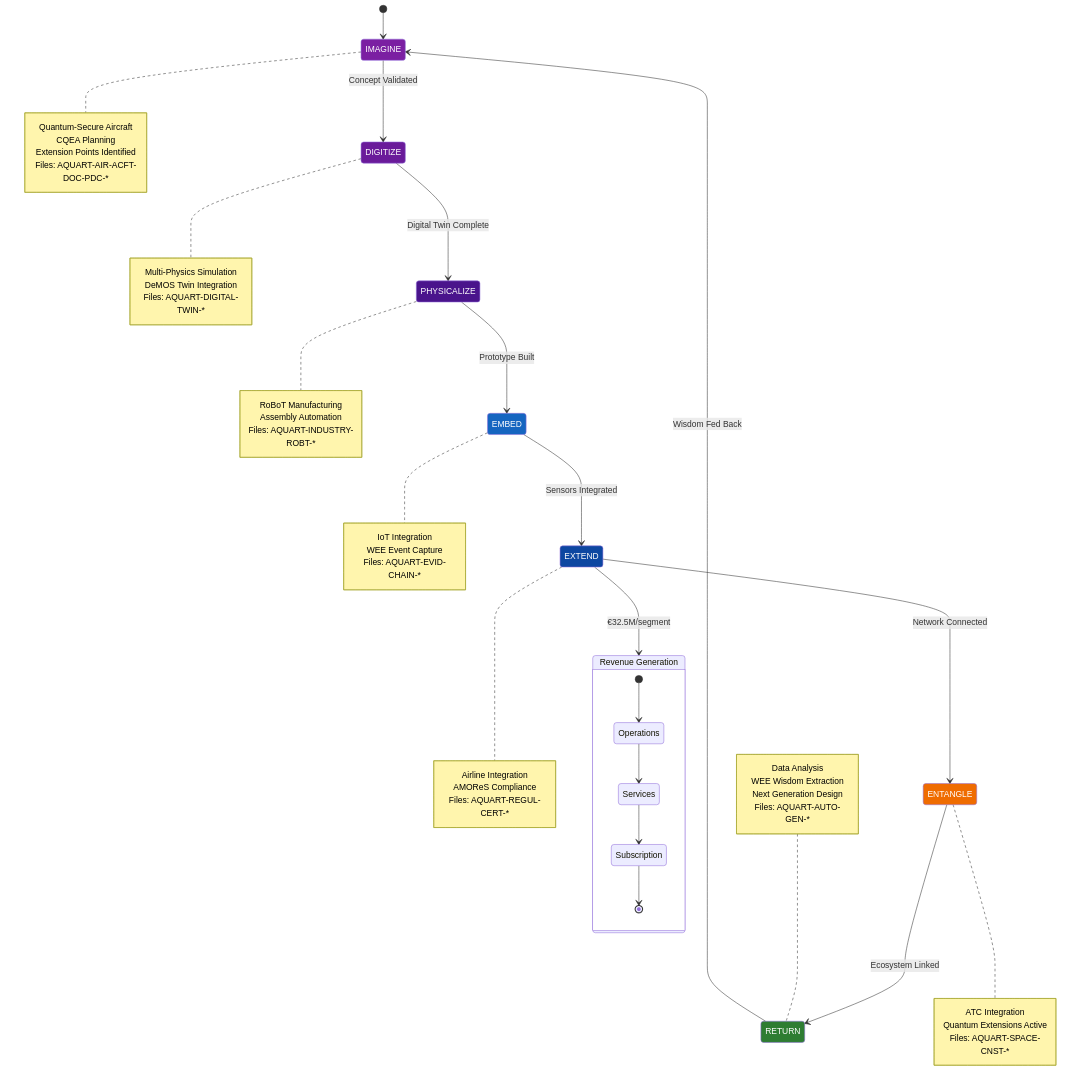
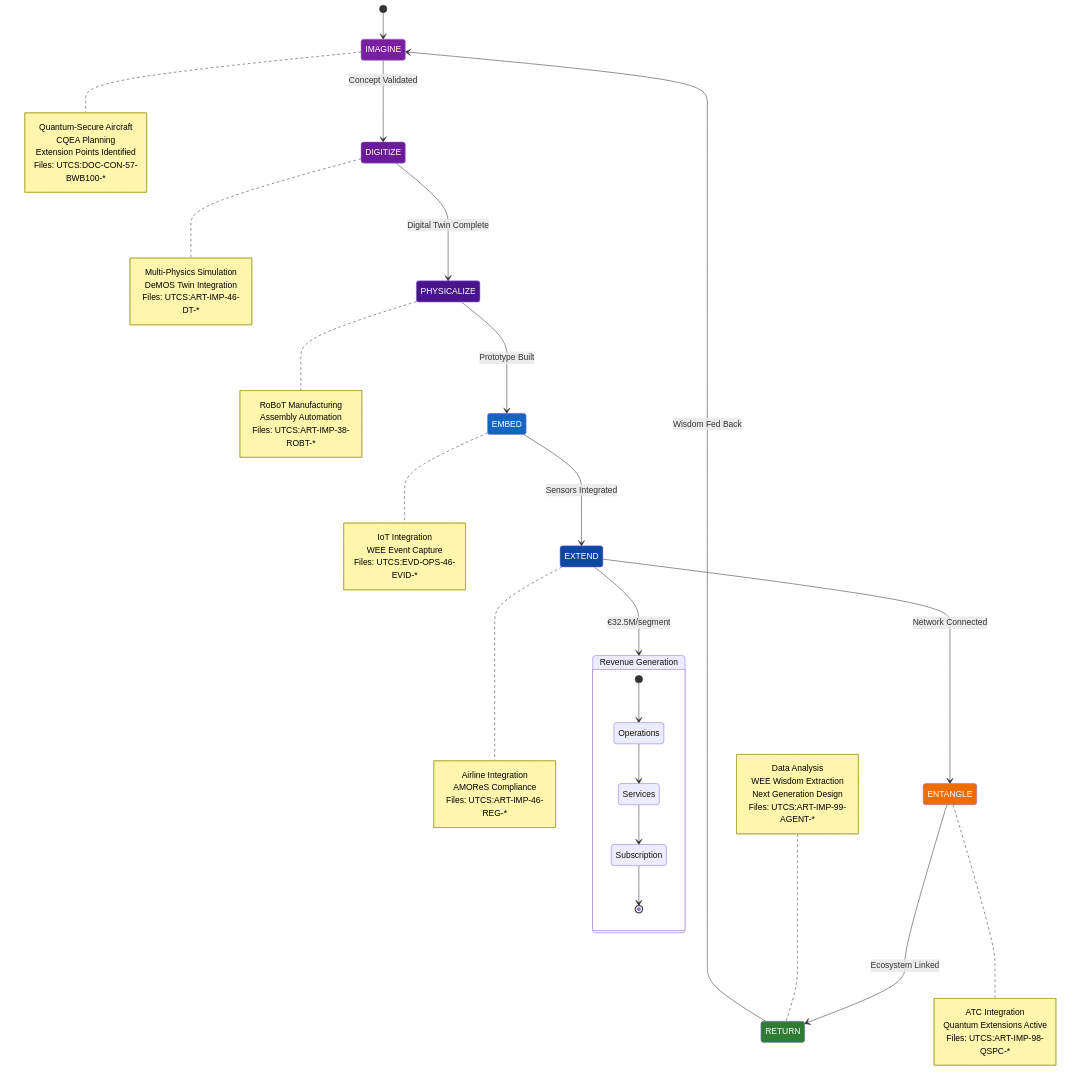
The eighth of 19 diagrams in README.md (Robbbo-T/AQUA), drawn with Mermaid before and after one commit. The commit also changed other lines of this file, not shown here.

````diff
--- a/README.md
+++ b/README.md
@@ -2397,73 +2406,73 @@
 ```mermaid
 stateDiagram-v2
     [*] --> IMAGINE
     
     IMAGINE --> DIGITIZE : Concept Validated
     note right of IMAGINE
         Quantum-Secure Aircraft
         CQEA Planning
         Extension Points Identified
-        Files: AQUART-AIR-ACFT-DOC-PDC-*
+        Files: UTCS:DOC-CON-57-BWB100-*
     end note
     
     DIGITIZE --> PHYSICALIZE : Digital Twin Complete
     note right of DIGITIZE
         Multi-Physics Simulation
         DeMOS Twin Integration
-        Files: AQUART-DIGITAL-TWIN-*
+        Files: UTCS:ART-IMP-46-DT-*
     end note
     
     PHYSICALIZE --> EMBED : Prototype Built
     note right of PHYSICALIZE
         RoBoT Manufacturing
         Assembly Automation
-        Files: AQUART-INDUSTRY-ROBT-*
+        Files: UTCS:ART-IMP-38-ROBT-*
     end note
     
     EMBED --> EXTEND : Sensors Integrated
     note right of EMBED
         IoT Integration
         WEE Event Capture
-        Files: AQUART-EVID-CHAIN-*
+        Files: UTCS:EVD-OPS-46-EVID-*
     end note
     
     EXTEND --> ENTANGLE : Network Connected
     note right of EXTEND
         Airline Integration
         AMOReS Compliance
-        Files: AQUART-REGUL-CERT-*
+        Files: UTCS:ART-IMP-46-REG-*
     end note
     
     ENTANGLE --> RETURN : Ecosystem Linked
     note right of ENTANGLE
         ATC Integration
         Quantum Extensions Active
-        Files: AQUART-SPACE-CNST-*
+        Files: UTCS:ART-IMP-98-QSPC-*
     end note
     
     RETURN --> IMAGINE : Wisdom Fed Back
     note left of RETURN
         Data Analysis
         WEE Wisdom Extraction
         Next Generation Design
-        Files: AQUART-AUTO-GEN-*
+        Files: UTCS:ART-IMP-99-AGENT-*
     end note
     
     state "Revenue Generation" as REV {
         [*] --> Operations
         Operations --> Services
         Services --> Subscription
         Subscription --> [*]
     }
     
     EXTEND --> REV : €32.5M/segment
     
     style IMAGINE fill:#7b1fa2,color:#fff
     style DIGITIZE fill:#6a1b9a,color:#fff
     style PHYSICALIZE fill:#4a148c,color:#fff
     style EMBED fill:#1565c0,color:#fff
     style EXTEND fill:#0d47a1,color:#fff
     style ENTANGLE fill:#ef6c00,color:#fff
     style RETURN fill:#2e7d32,color:#fff
     style REV fill:#00695c,color:#fff
 ```
````
